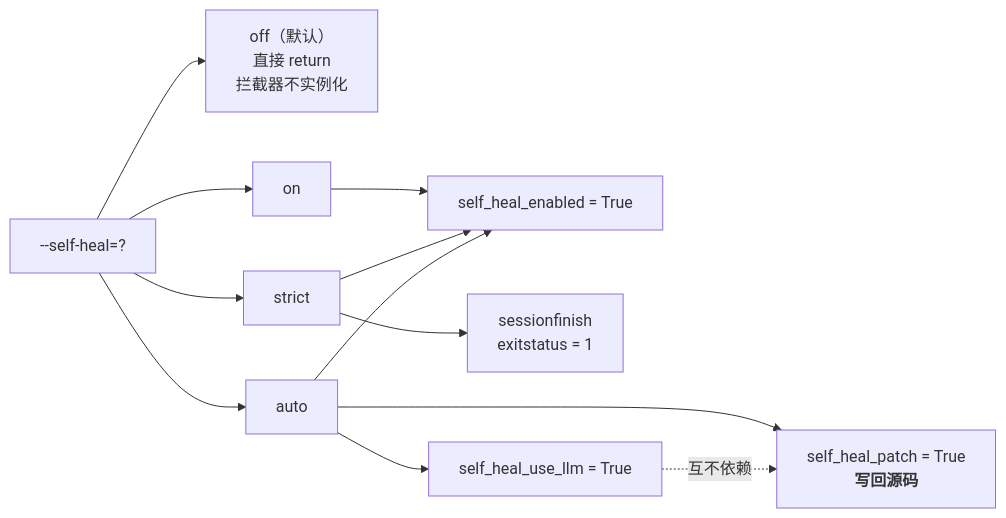
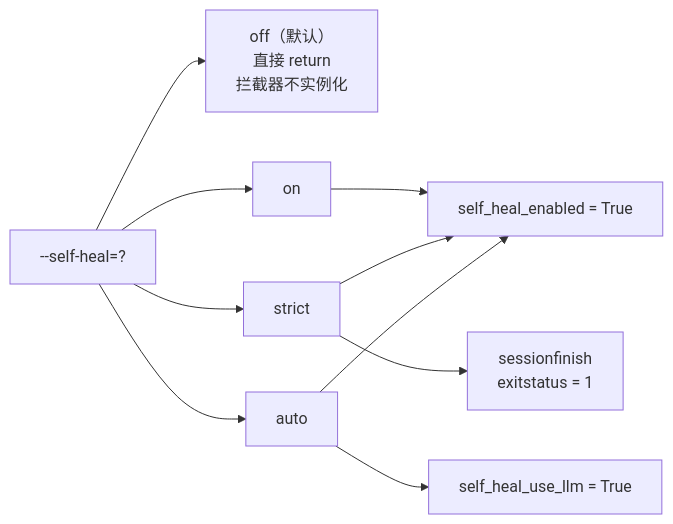
Before and after one commit to DanielSuo117/velocitai-alva: the first of 7 diagrams in docs/self-healing-mechanism.md, drawn with Mermaid. The commit also changed other lines of this file and 5 other files, not shown here.

First line of the commit message:
fix(self-heal): --self-heal=auto 不再在运行期写回源码（t1）

````diff
--- a/docs/self-healing-mechanism.md
+++ b/docs/self-healing-mechanism.md
@@ -17,14 +17,12 @@
 ```mermaid
 flowchart LR
     CLI["--self-heal=?"] --> OFF["off（默认）<br/>直接 return<br/>拦截器不实例化"]
     CLI --> ON["on"]
     CLI --> ST["strict"]
     CLI --> AU["auto"]
     ON --> E["self_heal_enabled = True"]
     ST --> E
     AU --> E
     ST --> X["sessionfinish<br/>exitstatus = 1"]
     AU --> L["self_heal_use_llm = True"]
-    AU --> P["self_heal_patch = True<br/><b>写回源码</b>"]
-    L -.->|"互不依赖"| P
 ```
````
